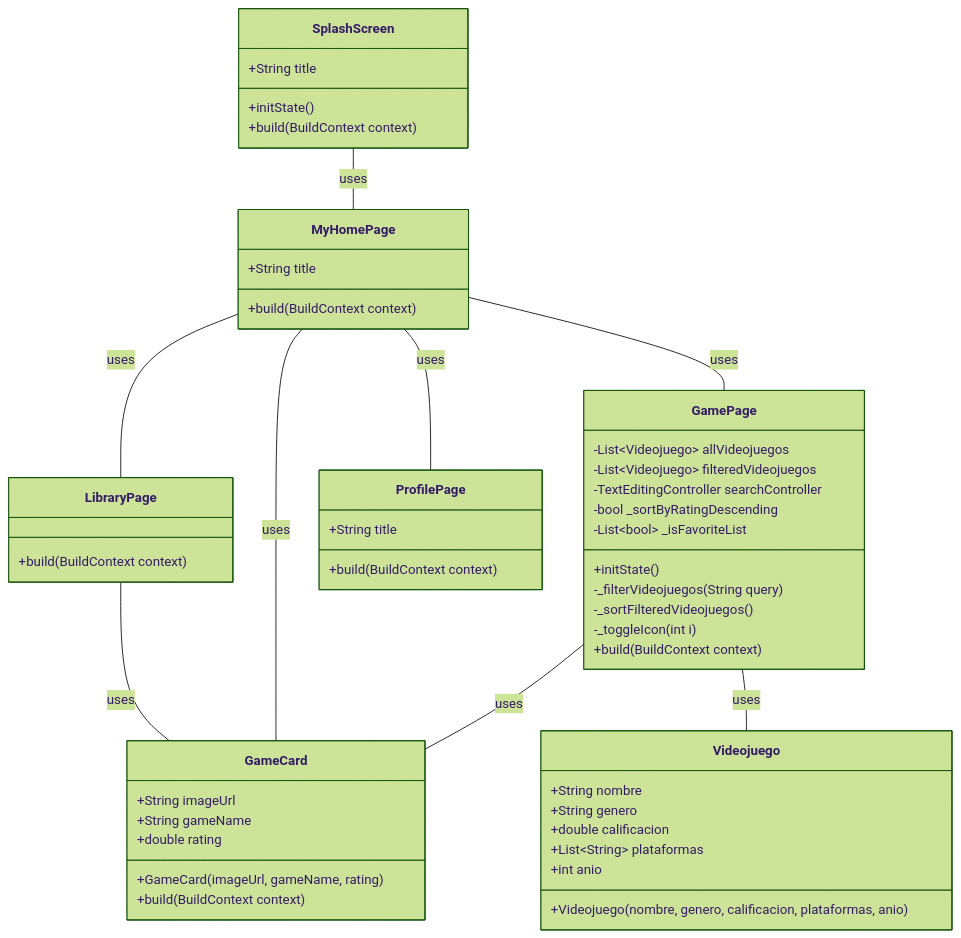
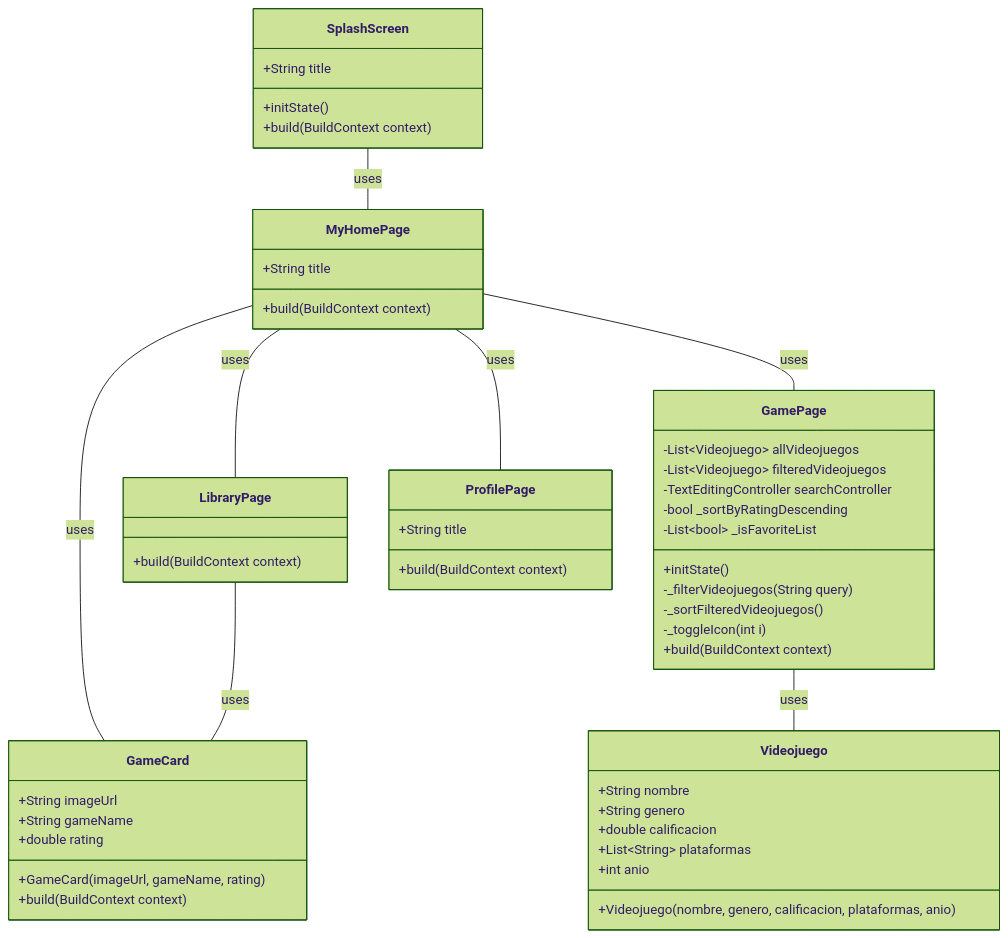
The diagram in README.md (etoPok/dataNime), drawn with Mermaid (forest theme) before and after one commit.

Commit message:
Diagrama readme

```diff
--- a/README.md
+++ b/README.md
@@ -135,8 +135,6 @@
 
 GamePage  -- Videojuego: uses
 
-GamePage  -- GameCard: uses
-
 MyHomePage  -- GameCard: uses
 
 LibraryPage  -- GameCard: uses
```
